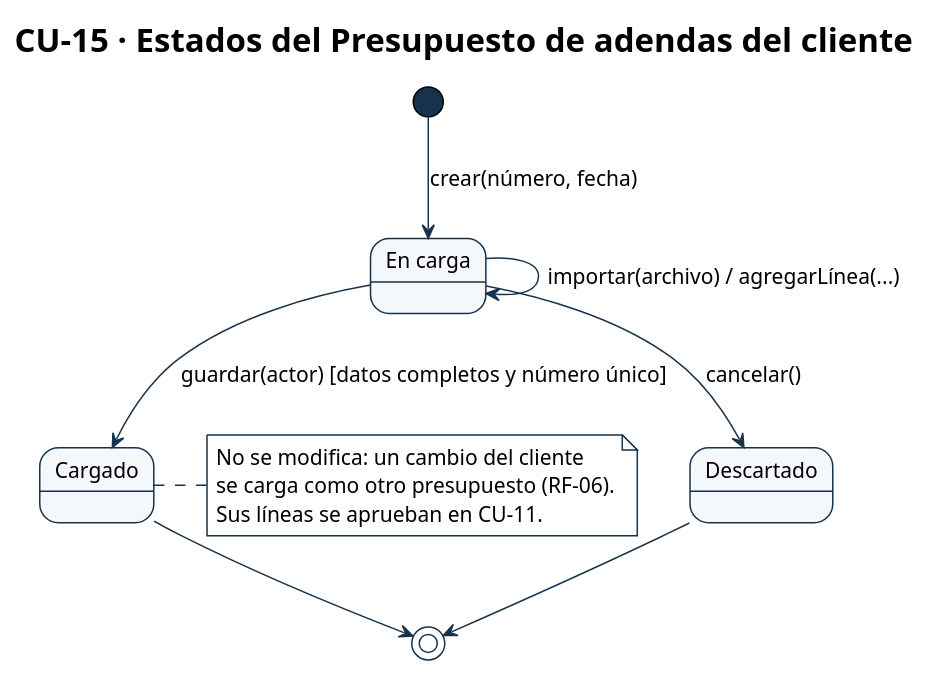
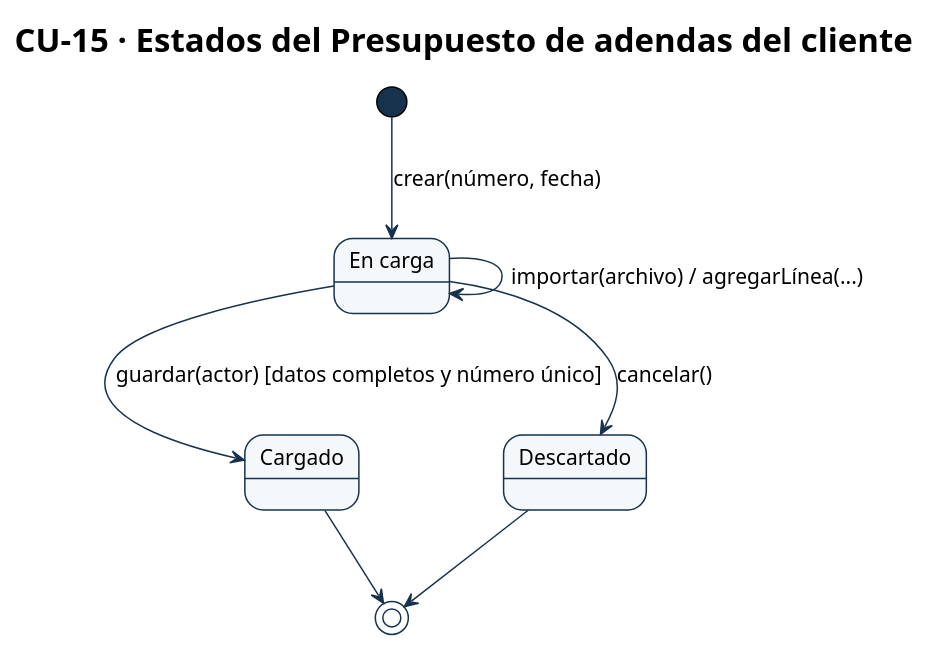
One commit to Ssrrb/tpf-uca changed the diagram in diagramas/CU-15-estados.puml. Above: the diagram before and after it, drawn with PlantUML. The commit also changed 22 other files, not shown here.

```diff
--- a/diagramas/CU-15-estados.puml
+++ b/diagramas/CU-15-estados.puml
@@ -1,52 +1,47 @@
 @startuml
 !theme plain
 skinparam style strictuml
 skinparam shadowing false
 skinparam defaultFontName Arial
 skinparam defaultFontSize 14
 skinparam ArrowColor #17324D
 skinparam activity {
   StartColor #17324D
   EndColor #17324D
   BarColor #17324D
   BackgroundColor #F5F8FA
   BorderColor #17324D
   DiamondBackgroundColor #EAF2F6
   DiamondBorderColor #17324D
 }
 skinparam swimlane {
   BorderColor #17324D
   TitleBackgroundColor #EAF2F6
 }
 skinparam state {
   StartColor #17324D
   EndColor #17324D
   BackgroundColor #F5F8FA
   BorderColor #17324D
 }
 skinparam package {
   BackgroundColor #EAF2F6
   BorderColor #17324D
 }
 skinparam note {
   BackgroundColor #FFFFFF
   BorderColor #17324D
 }
 title CU-15 · Estados del Presupuesto de adendas del cliente
 state "En carga" as en_carga
 state "Cargado" as cargado
 state "Descartado" as descartado
 
 [*] --> en_carga : crear(número, fecha)
 en_carga --> en_carga : importar(archivo) / agregarLínea(...)
 en_carga --> cargado : guardar(actor) [datos completos y número único]
 en_carga --> descartado : cancelar()
 cargado --> [*]
 descartado --> [*]
 
-note right of cargado
-  No se modifica: un cambio del cliente
-  se carga como otro presupuesto (RF-06).
-  Sus líneas se aprueban en CU-11.
-end note
 @enduml
```
